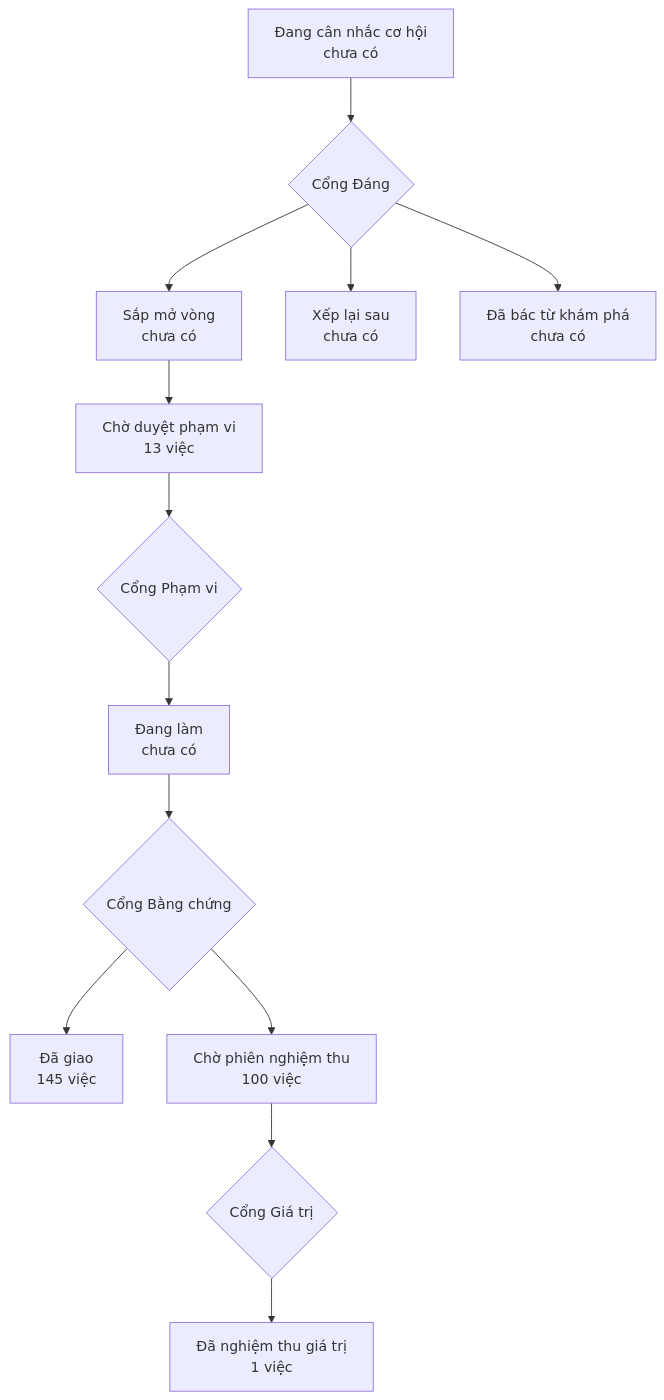
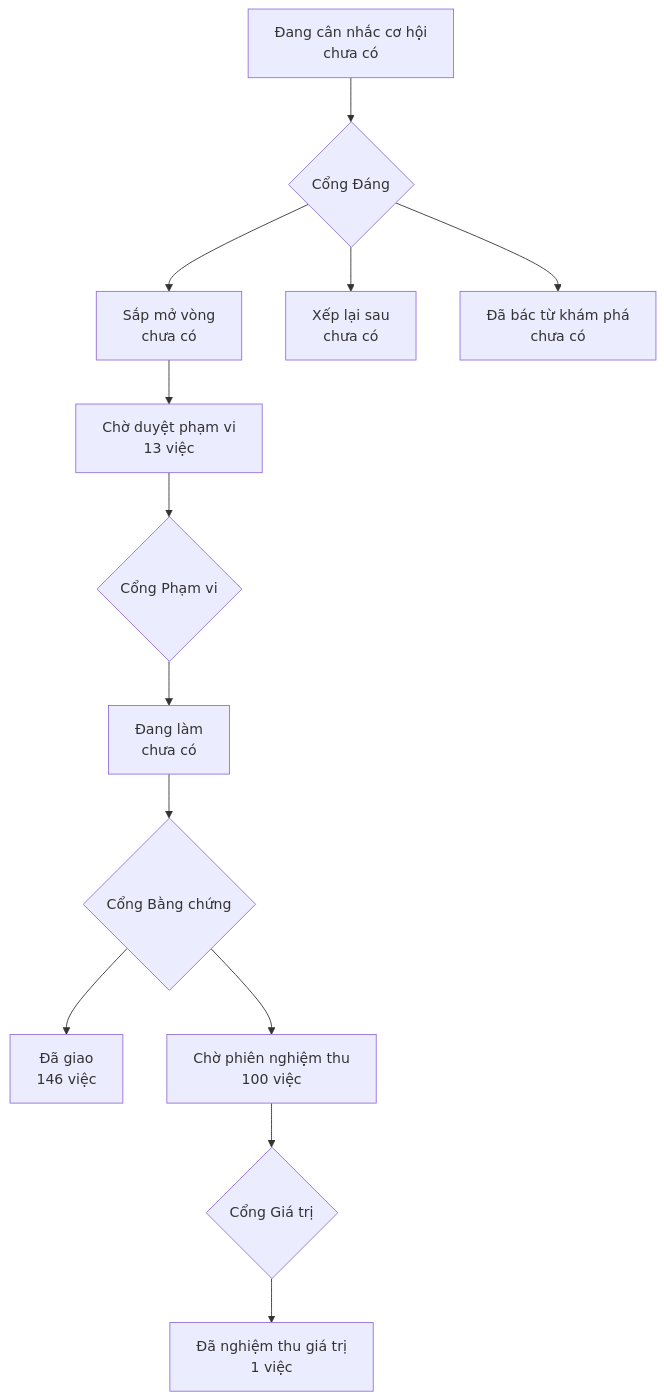
One commit to phanlemanh/onehub-invest changed the diagram in PRODUCT-MAP.md. Above: the diagram before and after it, drawn with Mermaid. The commit also changed other lines of this file and 4 other files, not shown here.

````diff
--- a/PRODUCT-MAP.md
+++ b/PRODUCT-MAP.md
@@ -7,12 +7,12 @@
 ```mermaid
 flowchart TD
   A["Đang cân nhắc cơ hội<br/>chưa có"] --> GD{"Cổng Đáng"}
   GD --> B["Sắp mở vòng<br/>chưa có"]
   GD --> XL["Xếp lại sau<br/>chưa có"]
   GD --> DB["Đã bác từ khám phá<br/>chưa có"]
   B --> CD["Chờ duyệt phạm vi<br/>13 việc"] --> GP{"Cổng Phạm vi"}
   GP --> DL["Đang làm<br/>chưa có"] --> GB{"Cổng Bằng chứng"}
-  GB --> DG["Đã giao<br/>145 việc"]
+  GB --> DG["Đã giao<br/>146 việc"]
   GB --> CN["Chờ phiên nghiệm thu<br/>100 việc"] --> GG{"Cổng Giá trị"}
   GG --> NT["Đã nghiệm thu giá trị<br/>1 việc"]
 ```
````
